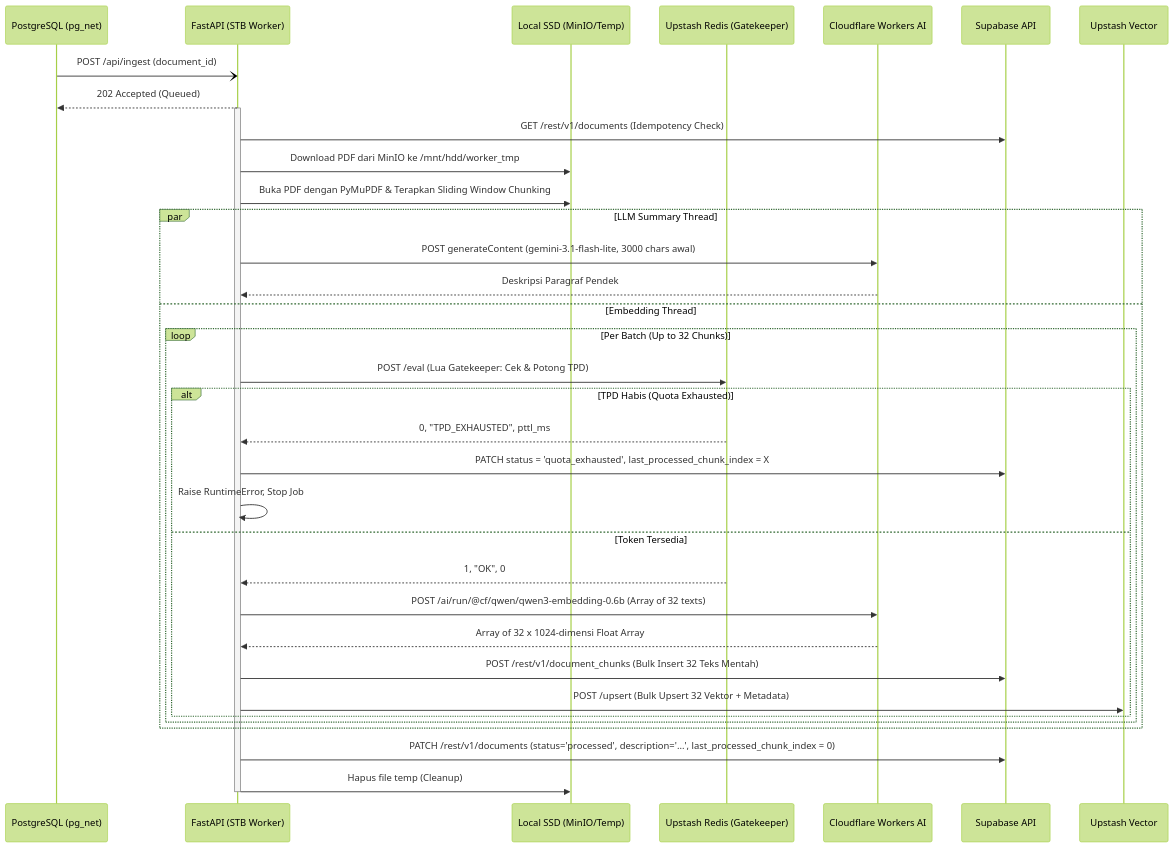
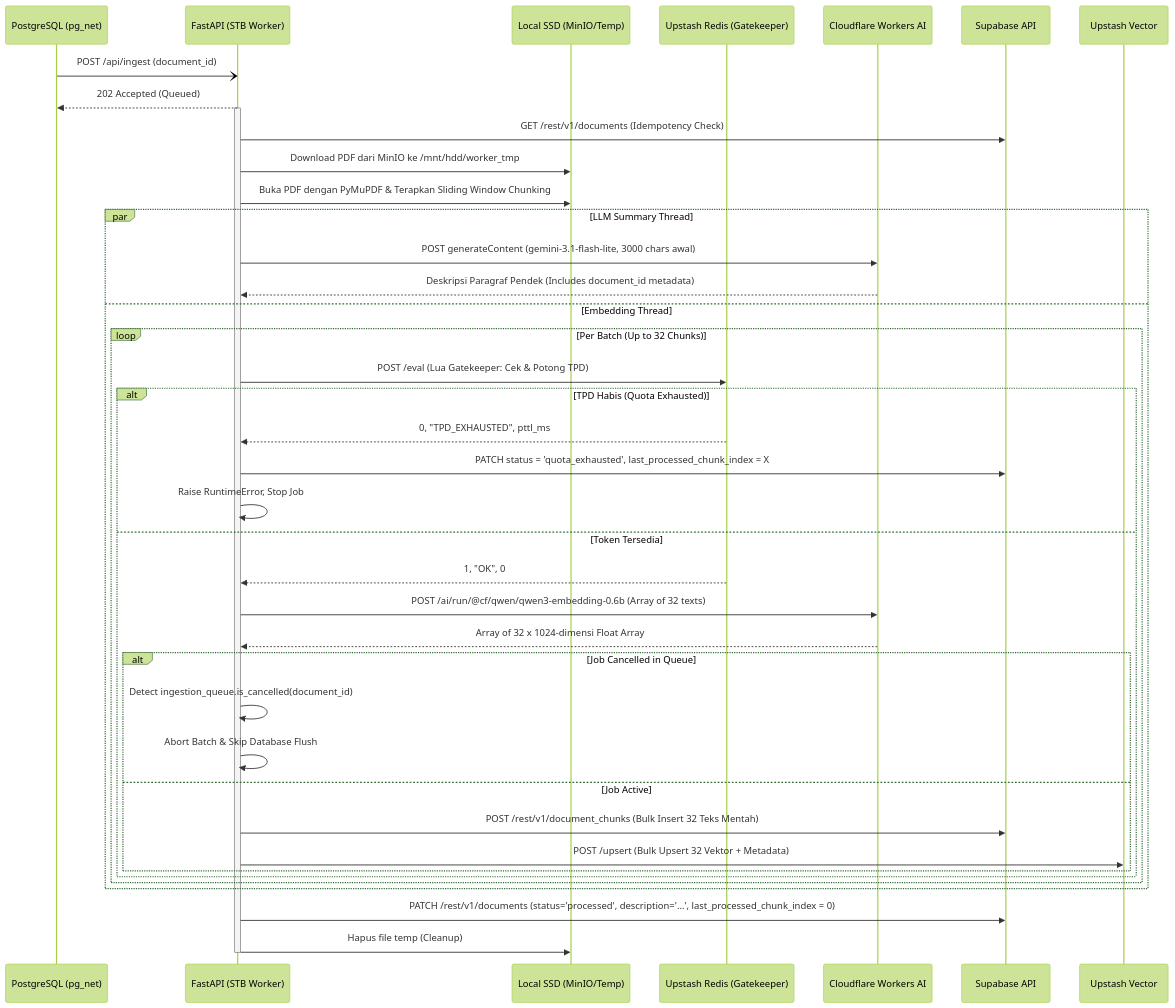
The diagram in docs/backend/stb-extraction-worker.md (kanzhamada/Dokyudo), drawn with Mermaid (forest theme) before and after one commit. The commit also changed other lines of this file and 1 other file, not shown here.

First line of the commit message:
Implement ingestion cancellation and status syncing

````diff
--- a/docs/backend/stb-extraction-worker.md
+++ b/docs/backend/stb-extraction-worker.md
@@ -14,42 +15,47 @@
 ```mermaid
 sequenceDiagram
     participant Supabase as PostgreSQL (pg_net)
     participant API as FastAPI (STB Worker)
     participant Disk as Local SSD (MinIO/Temp)
     participant Redis as Upstash Redis (Gatekeeper)
     participant CF as Cloudflare Workers AI
     participant PostgREST as Supabase API
     participant VectorDB as Upstash Vector
 
     Supabase-)API: POST /api/ingest (document_id)
     API-->>Supabase: 202 Accepted (Queued)
     
     activate API
     API->>PostgREST: GET /rest/v1/documents (Idempotency Check)
     API->>Disk: Download PDF dari MinIO ke /mnt/hdd/worker_tmp
     API->>Disk: Buka PDF dengan PyMuPDF & Terapkan Sliding Window Chunking
     
     par LLM Summary Thread
         API->>CF: POST generateContent (gemini-3.1-flash-lite, 3000 chars awal)
-        CF-->>API: Deskripsi Paragraf Pendek
+        CF-->>API: Deskripsi Paragraf Pendek (Includes document_id metadata)
     and Embedding Thread
         loop Per Batch (Up to 32 Chunks)
             API->>Redis: POST /eval (Lua Gatekeeper: Cek & Potong TPD)
             alt TPD Habis (Quota Exhausted)
                 Redis-->>API: 0, "TPD_EXHAUSTED", pttl_ms
                 API->>PostgREST: PATCH status = 'quota_exhausted', last_processed_chunk_index = X
                 API->>API: Raise RuntimeError, Stop Job
             else Token Tersedia
                 Redis-->>API: 1, "OK", 0
                 API->>CF: POST /ai/run/@cf/qwen/qwen3-embedding-0.6b (Array of 32 texts)
                 CF-->>API: Array of 32 x 1024-dimensi Float Array
-                API->>PostgREST: POST /rest/v1/document_chunks (Bulk Insert 32 Teks Mentah)
-                API->>VectorDB: POST /upsert (Bulk Upsert 32 Vektor + Metadata)
+                alt Job Cancelled in Queue
+                    API->>API: Detect ingestion_queue.is_cancelled(document_id)
+                    API->>API: Abort Batch & Skip Database Flush
+                else Job Active
+                    API->>PostgREST: POST /rest/v1/document_chunks (Bulk Insert 32 Teks Mentah)
+                    API->>VectorDB: POST /upsert (Bulk Upsert 32 Vektor + Metadata)
+                end
             end
         end
     end
     
     API->>PostgREST: PATCH /rest/v1/documents (status='processed', description='...', last_processed_chunk_index = 0)
     API->>Disk: Hapus file temp (Cleanup)
     deactivate API
 ```
````
